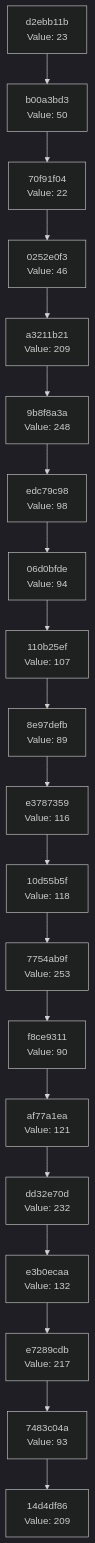
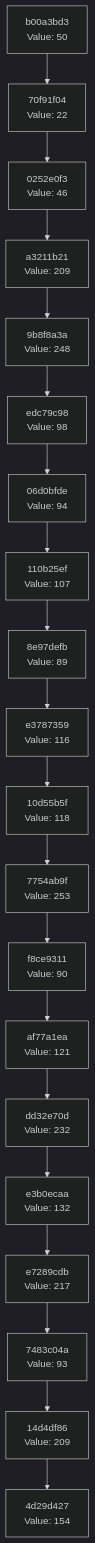
The diagram in docs/CHAIN_VISUALIZATION.md (Abhisheksinha1506/hash-chain-evolver), drawn with Mermaid (dark theme) before and after one commit. The commit also changed 3 other files, not shown here.

````diff
--- a/docs/CHAIN_VISUALIZATION.md
+++ b/docs/CHAIN_VISUALIZATION.md
@@ -3,42 +3,42 @@
 ```mermaid
 graph TD
-    C0["14d4df86<br/>Value: 209"]
-    C1["7483c04a<br/>Value: 93"]
+    C0["4d29d427<br/>Value: 154"]
+    C1["14d4df86<br/>Value: 209"]
     C1 --> C0
-    C2["e7289cdb<br/>Value: 217"]
+    C2["7483c04a<br/>Value: 93"]
     C2 --> C1
-    C3["e3b0ecaa<br/>Value: 132"]
+    C3["e7289cdb<br/>Value: 217"]
     C3 --> C2
-    C4["dd32e70d<br/>Value: 232"]
+    C4["e3b0ecaa<br/>Value: 132"]
     C4 --> C3
-    C5["af77a1ea<br/>Value: 121"]
+    C5["dd32e70d<br/>Value: 232"]
     C5 --> C4
-    C6["f8ce9311<br/>Value: 90"]
+    C6["af77a1ea<br/>Value: 121"]
     C6 --> C5
-    C7["7754ab9f<br/>Value: 253"]
+    C7["f8ce9311<br/>Value: 90"]
     C7 --> C6
-    C8["10d55b5f<br/>Value: 118"]
+    C8["7754ab9f<br/>Value: 253"]
     C8 --> C7
-    C9["e3787359<br/>Value: 116"]
+    C9["10d55b5f<br/>Value: 118"]
     C9 --> C8
-    C10["8e97defb<br/>Value: 89"]
+    C10["e3787359<br/>Value: 116"]
     C10 --> C9
-    C11["110b25ef<br/>Value: 107"]
+    C11["8e97defb<br/>Value: 89"]
     C11 --> C10
-    C12["06d0bfde<br/>Value: 94"]
+    C12["110b25ef<br/>Value: 107"]
     C12 --> C11
-    C13["edc79c98<br/>Value: 98"]
+    C13["06d0bfde<br/>Value: 94"]
     C13 --> C12
-    C14["9b8f8a3a<br/>Value: 248"]
+    C14["edc79c98<br/>Value: 98"]
     C14 --> C13
-    C15["a3211b21<br/>Value: 209"]
+    C15["9b8f8a3a<br/>Value: 248"]
     C15 --> C14
-    C16["0252e0f3<br/>Value: 46"]
+    C16["a3211b21<br/>Value: 209"]
     C16 --> C15
-    C17["70f91f04<br/>Value: 22"]
+    C17["0252e0f3<br/>Value: 46"]
     C17 --> C16
-    C18["b00a3bd3<br/>Value: 50"]
+    C18["70f91f04<br/>Value: 22"]
     C18 --> C17
-    C19["d2ebb11b<br/>Value: 23"]
+    C19["b00a3bd3<br/>Value: 50"]
     C19 --> C18
 ```
````
